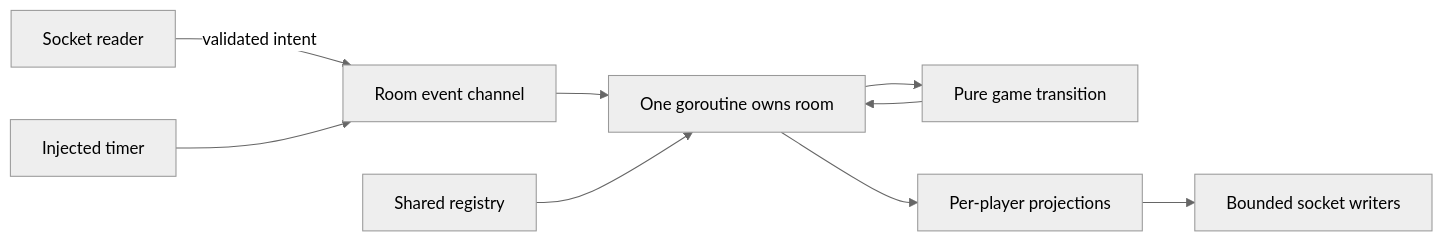
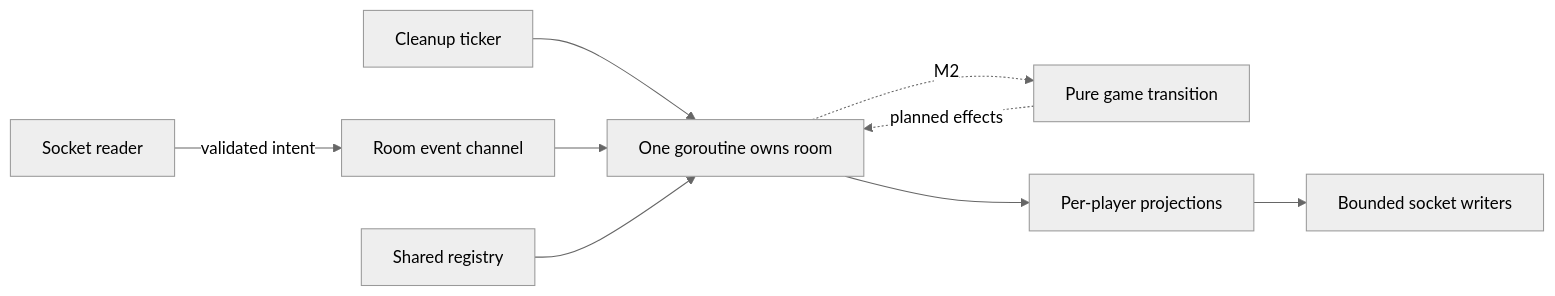
One commit to noahstew/soc-party changed the second of 5 diagrams in docs/ARCHITECTURE.md. Above: the diagram before and after it, drawn with Mermaid (neutral theme). The commit also changed other lines of this file and 13 other files, not shown here.

````diff
--- a/docs/ARCHITECTURE.md
+++ b/docs/ARCHITECTURE.md
@@ -21,11 +23,11 @@
 ```mermaid
 flowchart LR
   Socket[Socket reader] -->|validated intent| Channel[Room event channel]
-  Timer[Injected timer] --> Channel
+  Timer[Cleanup ticker] --> Actor
   Channel --> Actor[One goroutine owns room]
-  Actor --> Game[Pure game transition]
-  Game --> Actor
+  Actor -. M2 .-> Game[Pure game transition]
+  Game -. planned effects .-> Actor
   Actor --> Projection[Per-player projections]
   Projection --> Writer[Bounded socket writers]
   Registry[Shared registry] --> Actor
 ```
````
